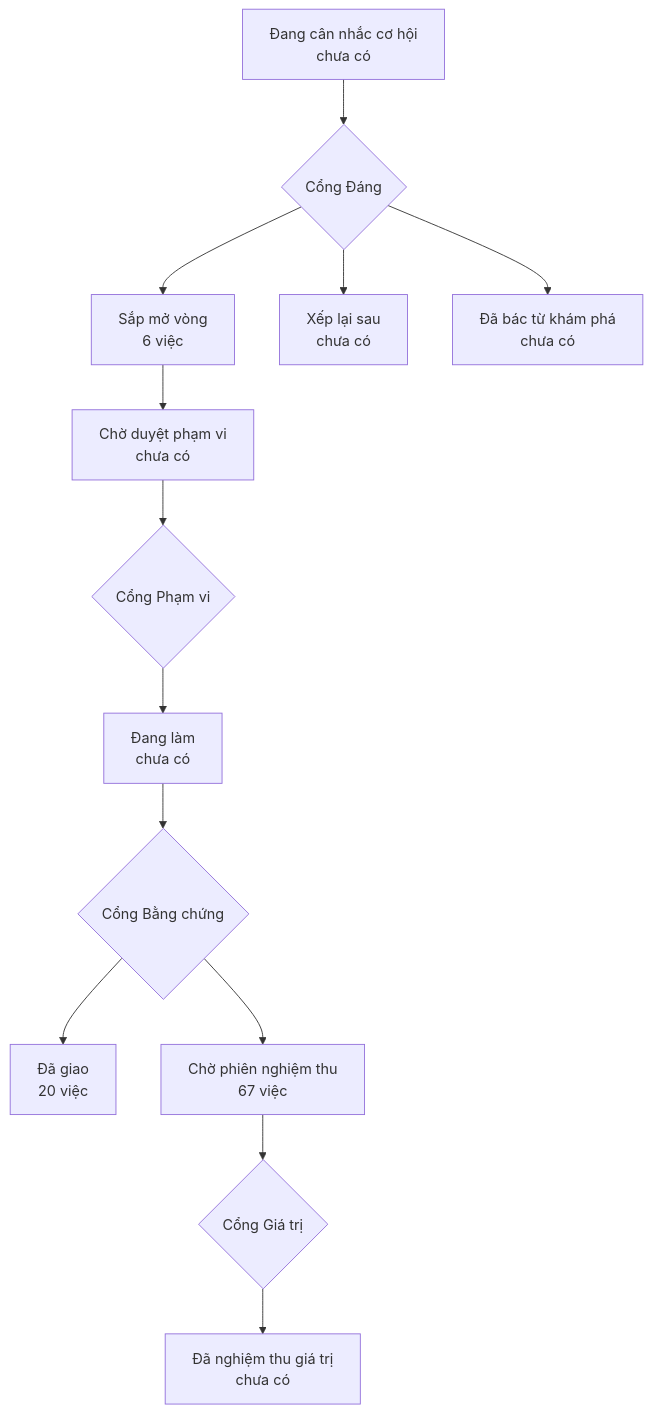
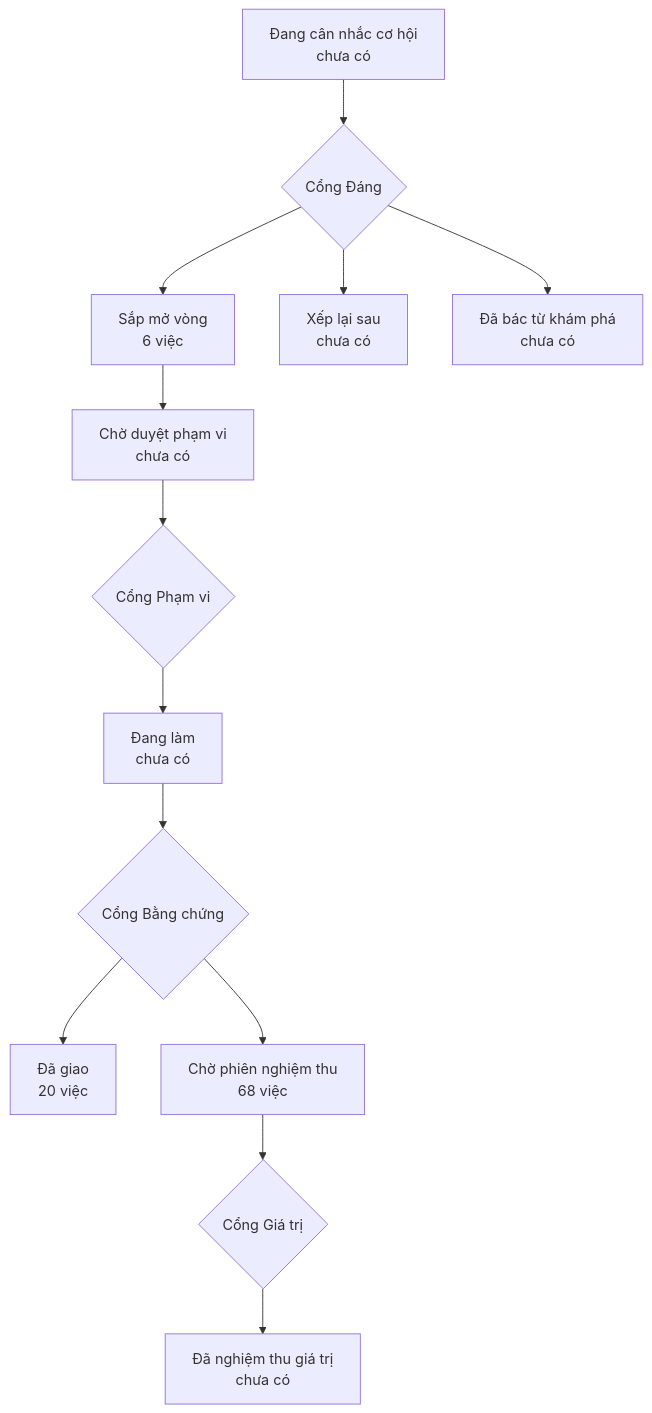
One commit to phanlemanh/onehub-quy-hang changed the diagram in PRODUCT-MAP.md. Above: the diagram before and after it, drawn with Mermaid. The commit also changed other lines of this file and 1 other file, not shown here.

Commit message:
chore: vẽ lại bản đồ sản phẩm và lộ trình sau gộp main

````diff
--- a/PRODUCT-MAP.md
+++ b/PRODUCT-MAP.md
@@ -7,12 +7,12 @@
 ```mermaid
 flowchart TD
   A["Đang cân nhắc cơ hội<br/>chưa có"] --> GD{"Cổng Đáng"}
   GD --> B["Sắp mở vòng<br/>6 việc"]
   GD --> XL["Xếp lại sau<br/>chưa có"]
   GD --> DB["Đã bác từ khám phá<br/>chưa có"]
   B --> CD["Chờ duyệt phạm vi<br/>chưa có"] --> GP{"Cổng Phạm vi"}
   GP --> DL["Đang làm<br/>chưa có"] --> GB{"Cổng Bằng chứng"}
   GB --> DG["Đã giao<br/>20 việc"]
-  GB --> CN["Chờ phiên nghiệm thu<br/>67 việc"] --> GG{"Cổng Giá trị"}
+  GB --> CN["Chờ phiên nghiệm thu<br/>68 việc"] --> GG{"Cổng Giá trị"}
   GG --> NT["Đã nghiệm thu giá trị<br/>chưa có"]
 ```
````
